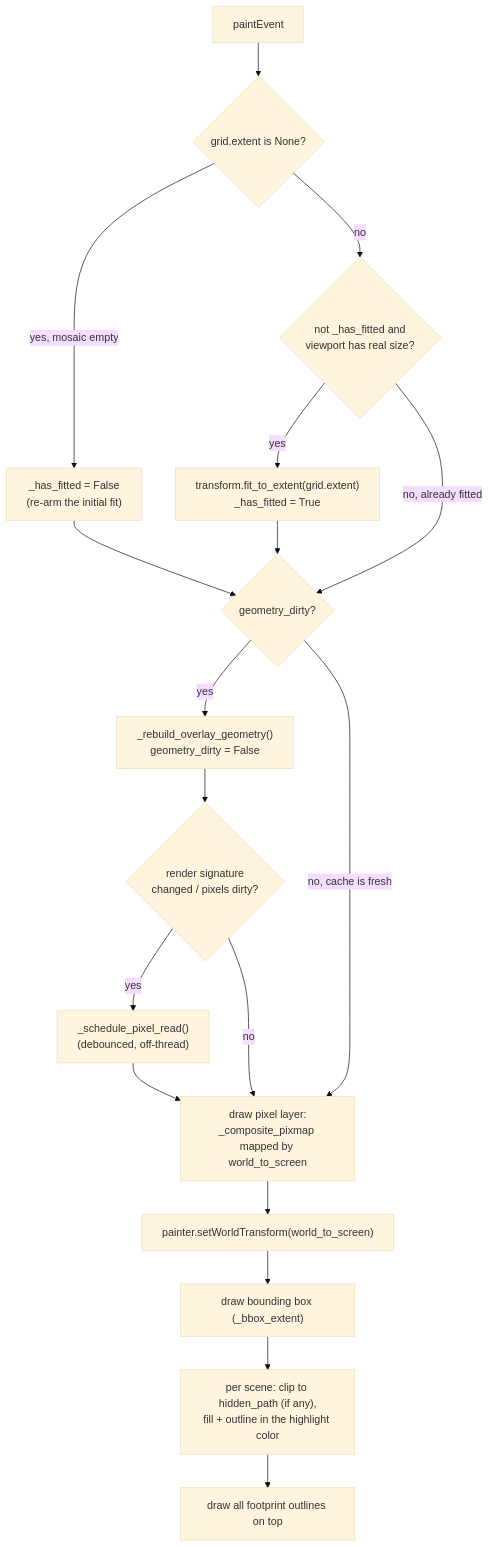
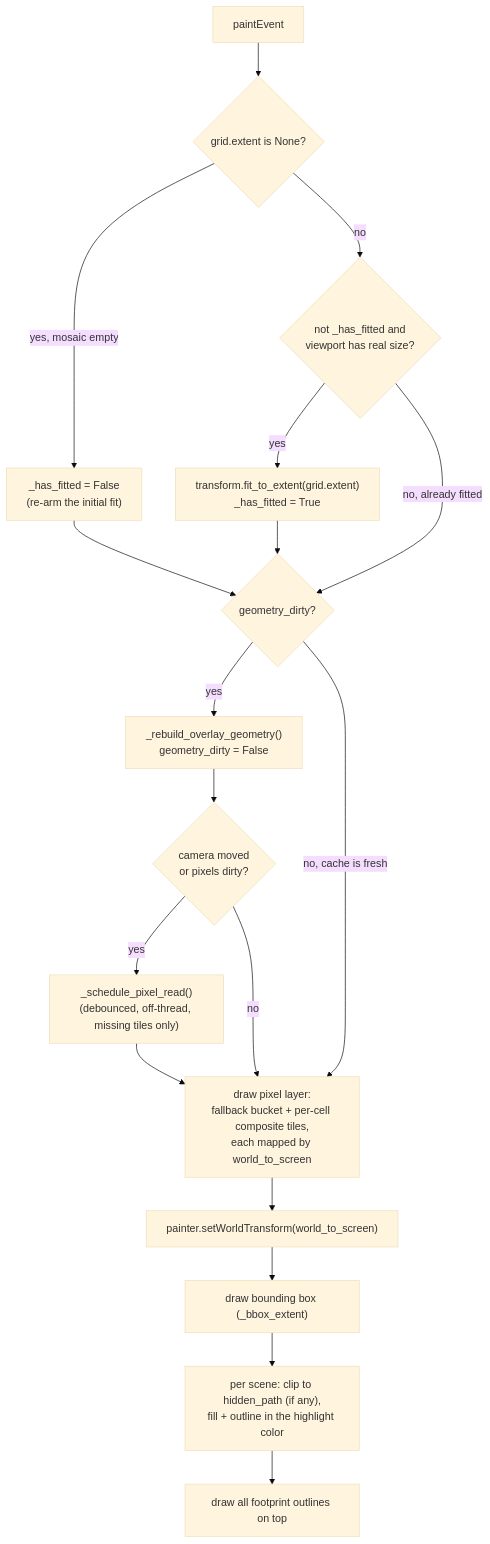
The sixth of 7 diagrams in doc/sphinx-general-wiser-docs/source/developer-content/mosaic-internals.md (Ehlmann-research-group/WISER), drawn with Mermaid (base theme) before and after one commit. The commit also changed other lines of this file, not shown here.

Commit message:
doc: Updating mosaic-internals.md with changes to max zoom and render bucket

````diff
--- a/doc/sphinx-general-wiser-docs/source/developer-content/mosaic-internals.md
+++ b/doc/sphinx-general-wiser-docs/source/developer-content/mosaic-internals.md
@@ -565,20 +621,20 @@
 ```{mermaid}
 flowchart TD
     A[paintEvent] --> B{grid.extent is None?}
     B -->|yes, mosaic empty| C["_has_fitted = False<br/>(re-arm the initial fit)"]
     B -->|no| D{"not _has_fitted and<br/>viewport has real size?"}
     D -->|yes| E["transform.fit_to_extent(grid.extent)<br/>_has_fitted = True"]
     D -->|no, already fitted| F
     C --> F{geometry_dirty?}
     E --> F
     F -->|yes| G["_rebuild_overlay_geometry()<br/>geometry_dirty = False"]
     F -->|no, cache is fresh| H
-    G --> P{"render signature<br/>changed / pixels dirty?"}
-    P -->|yes| Q["_schedule_pixel_read()<br/>(debounced, off-thread)"]
+    G --> P{"camera moved<br/>or pixels dirty?"}
+    P -->|yes| Q["_schedule_pixel_read()<br/>(debounced, off-thread, missing tiles only)"]
     P -->|no| H
-    Q --> H["draw pixel layer:<br/>_composite_pixmap mapped by world_to_screen"]
+    Q --> H["draw pixel layer:<br/>fallback bucket + per-cell composite tiles,<br/>each mapped by world_to_screen"]
     H --> H2["painter.setWorldTransform(world_to_screen)"]
     H2 --> J["draw bounding box (_bbox_extent)"]
     J --> K["per scene: clip to hidden_path (if any),<br/>fill + outline in the highlight color"]
     K --> L["draw all footprint outlines on top"]
 ```
````
